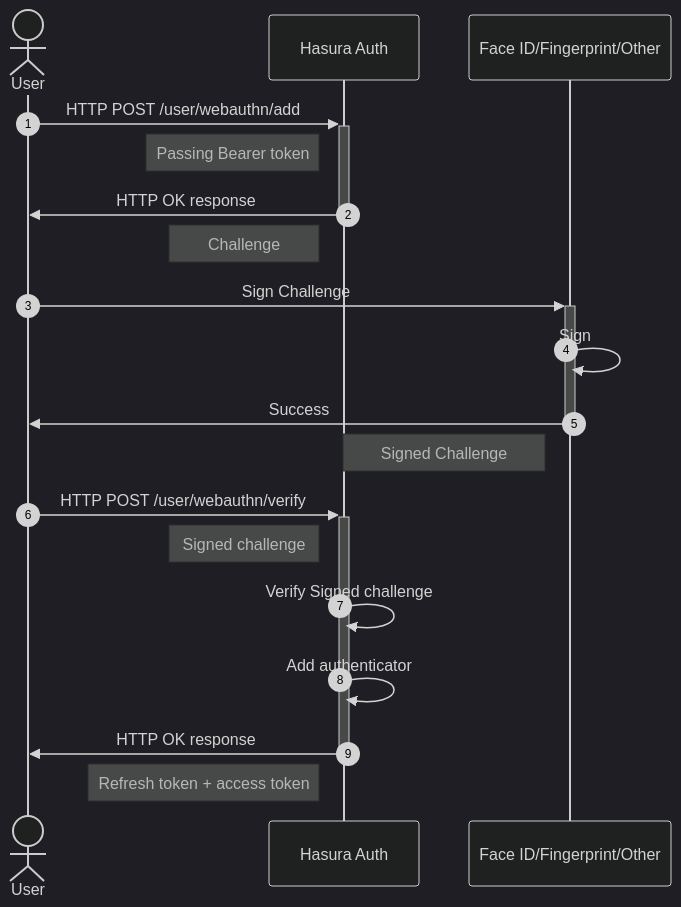
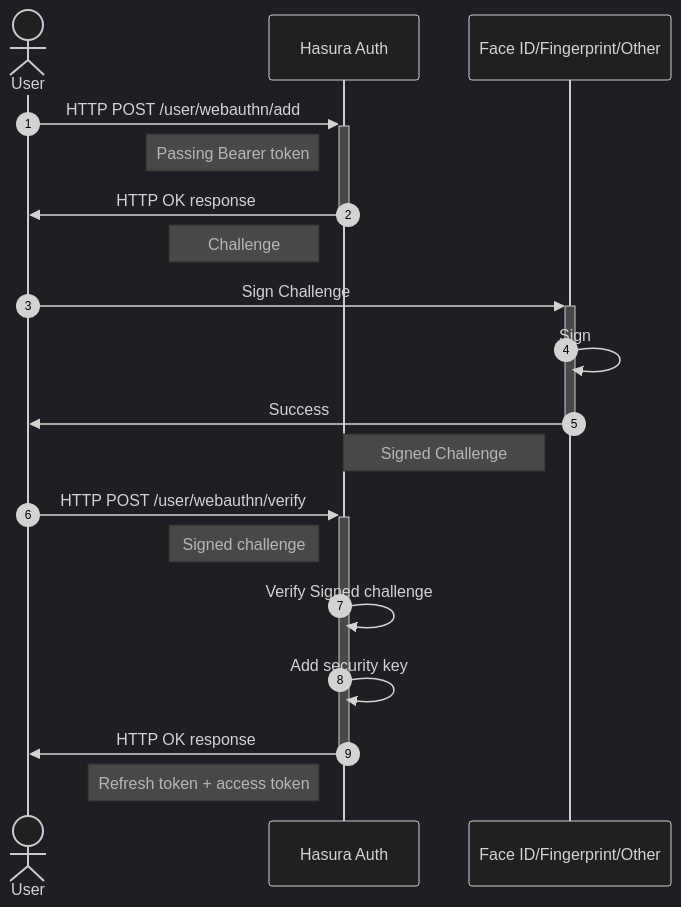
Before and after one commit to nhost/nhost: the third of 3 diagrams in docs/workflows/webauthn.md, drawn with Mermaid (dark theme). The commit also changed other lines of this file and 14 other files, not shown here.

````diff
--- a/docs/workflows/webauthn.md
+++ b/docs/workflows/webauthn.md
@@ -98,21 +98,21 @@
 ```mermaid
 sequenceDiagram
 	autonumber
 	actor U as User
 	participant A as Hasura Auth
 	participant G as Face ID/Fingerprint/Other
 	U->>+A: HTTP POST /user/webauthn/add
     Note left of A: Passing Bearer token
     A->>-U: HTTP OK response
     Note left of A: Challenge
     U->>+G: Sign Challenge
     G->>G: Sign
     G->>-U: Success
     Note left of G: Signed Challenge
     U->>+A: HTTP POST /user/webauthn/verify
     Note left of A: Signed challenge
     A->>A: Verify Signed challenge
-	A->>A: Add authenticator
+	A->>A: Add security key
     A->>-U: HTTP OK response
     Note left of A: Refresh token + access token
 ```
````
